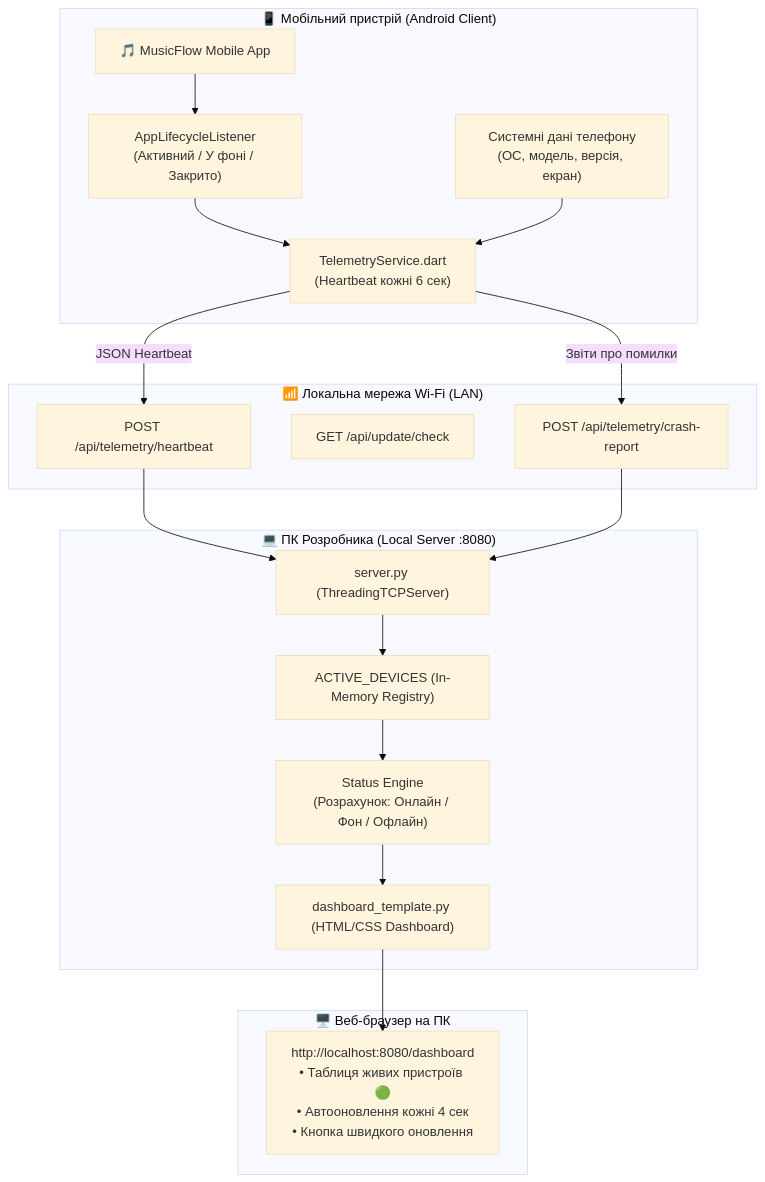
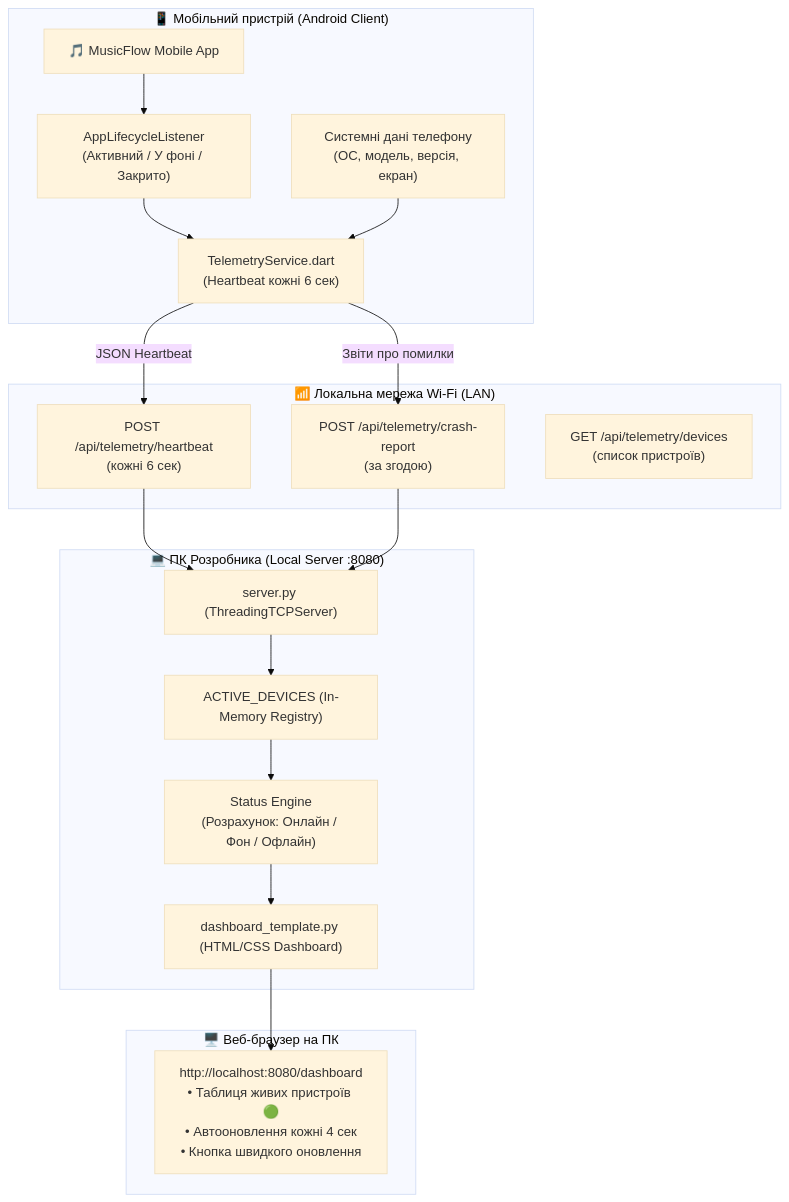
One commit to Lutvunenko-Dmutro/musicflow-mobile changed the first of 2 diagrams in docs/architecture/LOCAL_SERVER_AND_DEVICE_TELEMETRY.md. Above: the diagram before and after it, drawn with Mermaid (base theme). The commit also changed 4 other files, not shown here.

````diff
--- a/docs/architecture/LOCAL_SERVER_AND_DEVICE_TELEMETRY.md
+++ b/docs/architecture/LOCAL_SERVER_AND_DEVICE_TELEMETRY.md
@@ -11,40 +11,40 @@
 ```mermaid
 graph TD
     subgraph MobileClient ["📱 Мобільний пристрій (Android Client)"]
         App["🎵 MusicFlow Mobile App"]
         Lifecycle["AppLifecycleListener\n(Активний / У фоні / Закрито)"]
         TelemetrySvc["TelemetryService.dart\n(Heartbeat кожні 6 сек)"]
         SysInfo["Системні дані телефону\n(ОС, модель, версія, екран)"]
 
         App --> Lifecycle
         Lifecycle --> TelemetrySvc
         SysInfo --> TelemetrySvc
     end
 
     subgraph WiFi ["📶 Локальна мережа Wi-Fi (LAN)"]
-        HTTP_POST["POST /api/telemetry/heartbeat"]
-        HTTP_GET["GET /api/update/check"]
-        HTTP_CRASH["POST /api/telemetry/crash-report"]
+        HTTP_POST["POST /api/telemetry/heartbeat\n(кожні 6 сек)"]
+        HTTP_CRASH["POST /api/telemetry/crash-report\n(за згодою)"]
+        HTTP_SCAN["GET /api/telemetry/devices\n(список пристроїв)"]
     end
 
     subgraph LocalServer ["💻 ПК Розробника (Local Server :8080)"]
         PyServer["server.py (ThreadingTCPServer)"]
         DeviceRegistry["ACTIVE_DEVICES (In-Memory Registry)"]
         StateEngine["Status Engine\n(Розрахунок: Онлайн / Фон / Офлайн)"]
         Dashboard["dashboard_template.py (HTML/CSS Dashboard)"]
 
         PyServer --> DeviceRegistry
         DeviceRegistry --> StateEngine
         StateEngine --> Dashboard
     end
 
     subgraph Browser ["🖥️ Веб-браузер на ПК"]
         WebUI["http://localhost:8080/dashboard\n• Таблиця живих пристроїв 🟢\n• Автооновлення кожні 4 сек\n• Кнопка швидкого оновлення"]
     end
 
     TelemetrySvc -->|JSON Heartbeat| HTTP_POST
     TelemetrySvc -->|Звіти про помилки| HTTP_CRASH
     HTTP_POST --> PyServer
     HTTP_CRASH --> PyServer
     Dashboard --> WebUI
 ```
````
